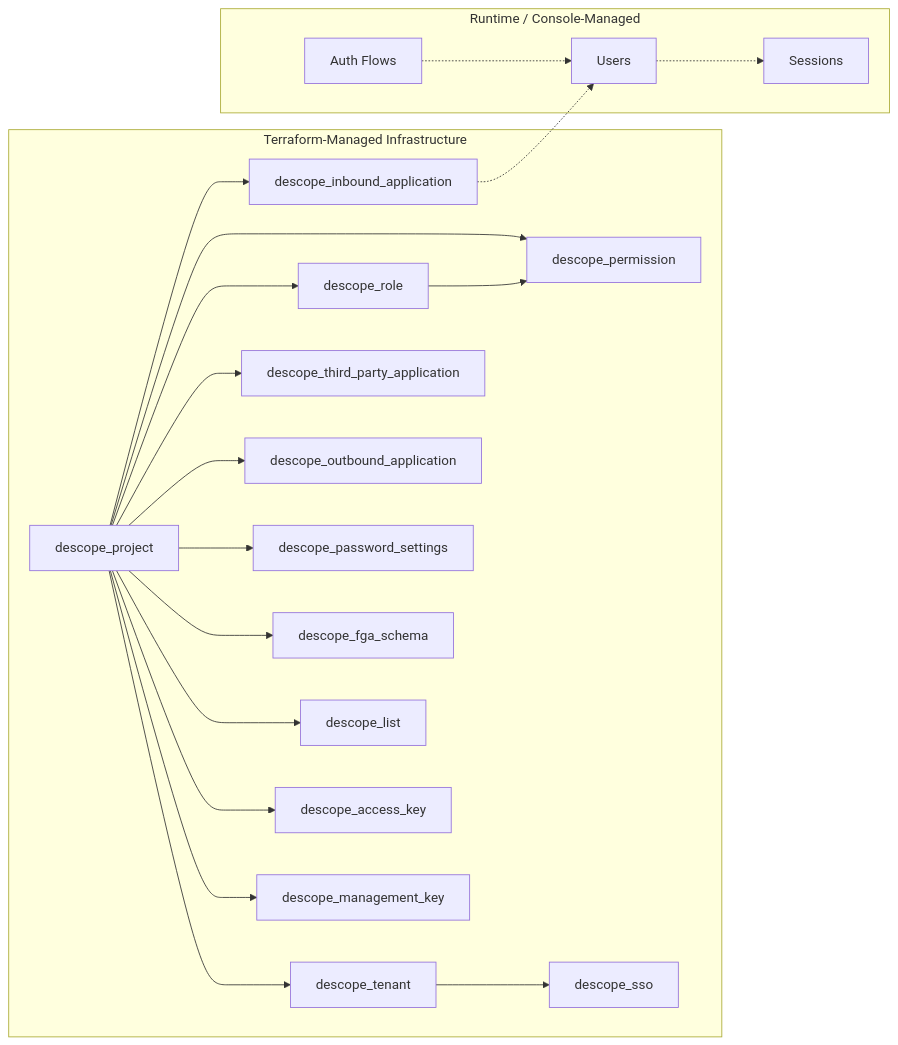
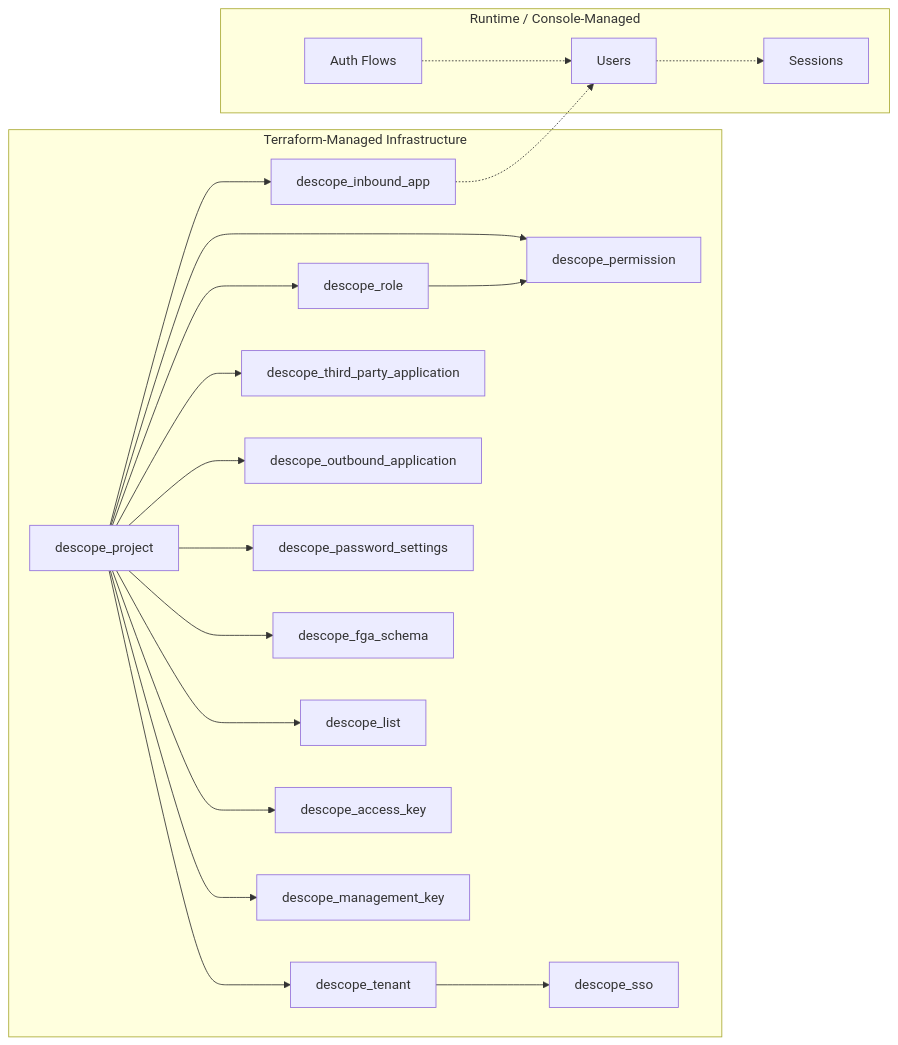
One commit to jamescrowley321/terraform-provider-descope changed the sixth of 6 diagrams in docs/architecture/auth-flows.md. Above: the diagram before and after it, drawn with Mermaid. The commit also changed 8 other files, not shown here.

First line of the commit message:
Align with upstream: rename inbound_app, deprecate provider project_id

````diff
--- a/docs/architecture/auth-flows.md
+++ b/docs/architecture/auth-flows.md
@@ -154,42 +154,42 @@
 ```mermaid
 graph LR
     subgraph "Terraform-Managed Infrastructure"
         Project[descope_project]
         Tenant[descope_tenant]
         Role[descope_role]
         Perm[descope_permission]
         SSO[descope_sso]
-        InApp[descope_inbound_application]
+        InApp[descope_inbound_app]
         TPA[descope_third_party_application]
         OutApp[descope_outbound_application]
         PwdSettings[descope_password_settings]
         FGA[descope_fga_schema]
         List[descope_list]
         AK[descope_access_key]
         MK[descope_management_key]
     end
 
     subgraph "Runtime / Console-Managed"
         Users[Users]
         Flows[Auth Flows]
         Sessions[Sessions]
     end
 
     Project --> Tenant
     Project --> Role
     Project --> Perm
     Tenant --> SSO
     Role --> Perm
     Project --> InApp
     Project --> TPA
     Project --> OutApp
     Project --> PwdSettings
     Project --> FGA
     Project --> List
     Project --> AK
     Project --> MK
 
     InApp -.-> Users
     Flows -.-> Users
     Users -.-> Sessions
 ```
````
